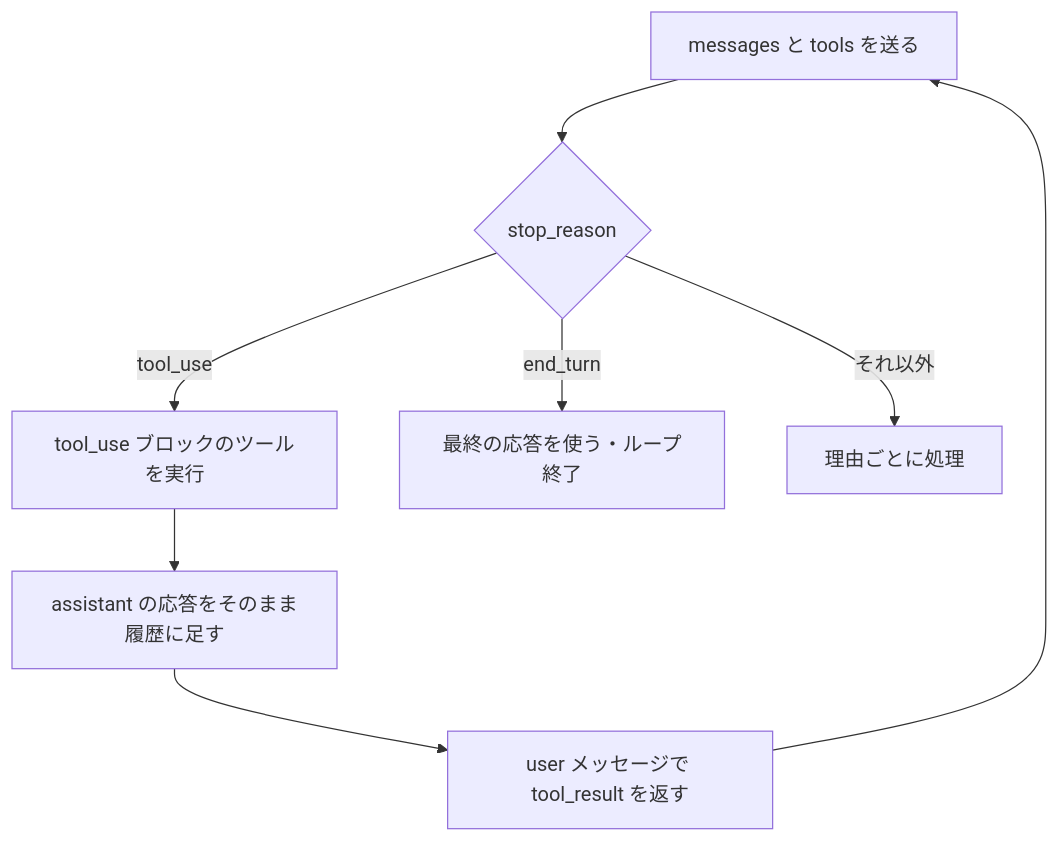
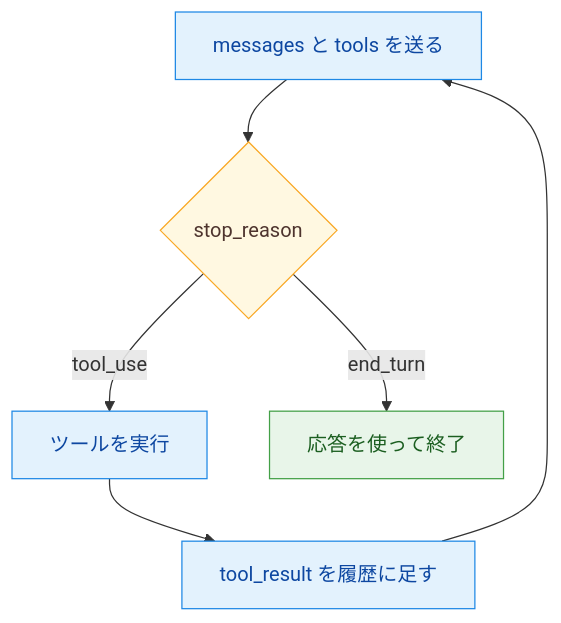
The diagram in ccaf/notes/01-agentic-architecture/agentic-loop-stop-reason.md (yuya-take/yuya-exam-notes), drawn with Mermaid before and after one commit. The commit also changed other lines of this file and 50 other files, not shown here.

````diff
--- a/ccaf/notes/01-agentic-architecture/agentic-loop-stop-reason.md
+++ b/ccaf/notes/01-agentic-architecture/agentic-loop-stop-reason.md
@@ -12,10 +12,14 @@
 ```mermaid
 flowchart TD
   A[messages と tools を送る] --> B{stop_reason}
-  B -- tool_use --> C[tool_use ブロックのツールを実行]
-  C --> D[assistant の応答をそのまま履歴に足す]
-  D --> E[user メッセージで tool_result を返す]
-  E --> A
-  B -- end_turn --> F[最終の応答を使う・ループ終了]
-  B -- それ以外 --> G[理由ごとに処理]
+  B -- tool_use --> C[ツールを実行]
+  C --> D[tool_result を履歴に足す]
+  D --> A
+  B -- end_turn --> E[応答を使って終了]
+  classDef run fill:#e3f2fd,stroke:#1e88e5,color:#0d47a1
+  classDef judge fill:#fff8e1,stroke:#f9a825,color:#4e342e
+  classDef done fill:#e8f5e9,stroke:#43a047,color:#1b5e20
+  class A,C,D run
+  class B judge
+  class E done
 ```
````
